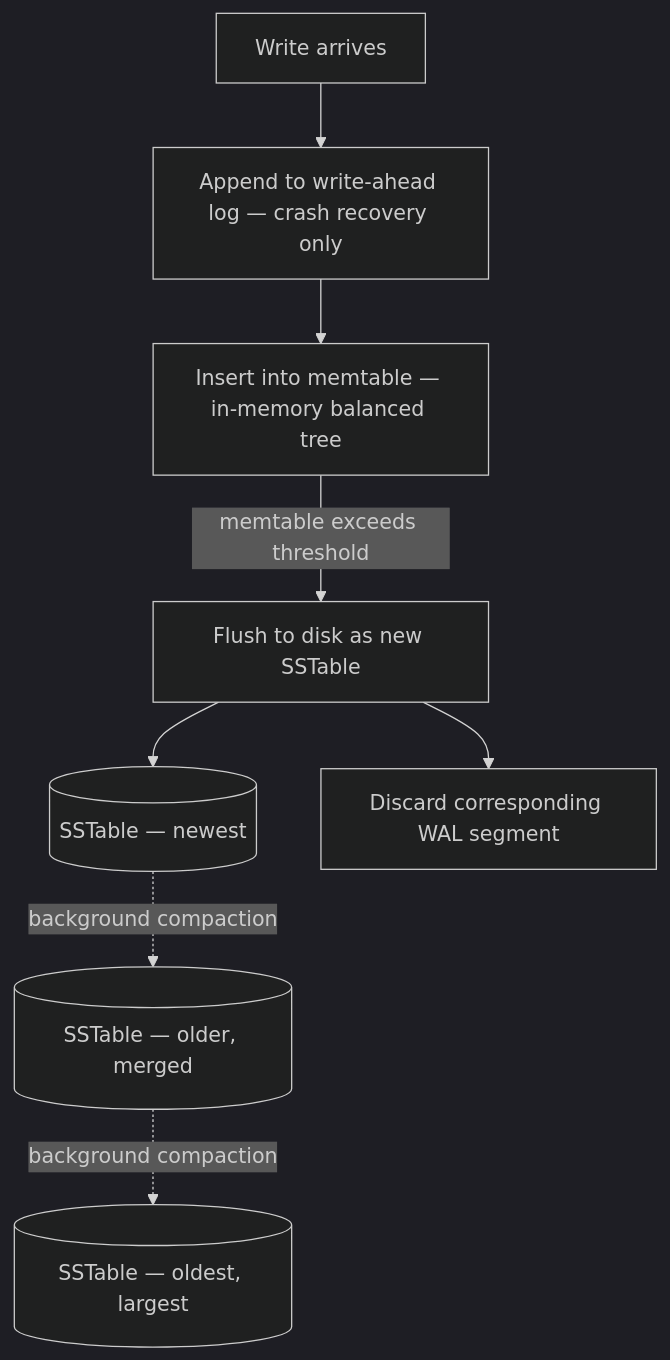
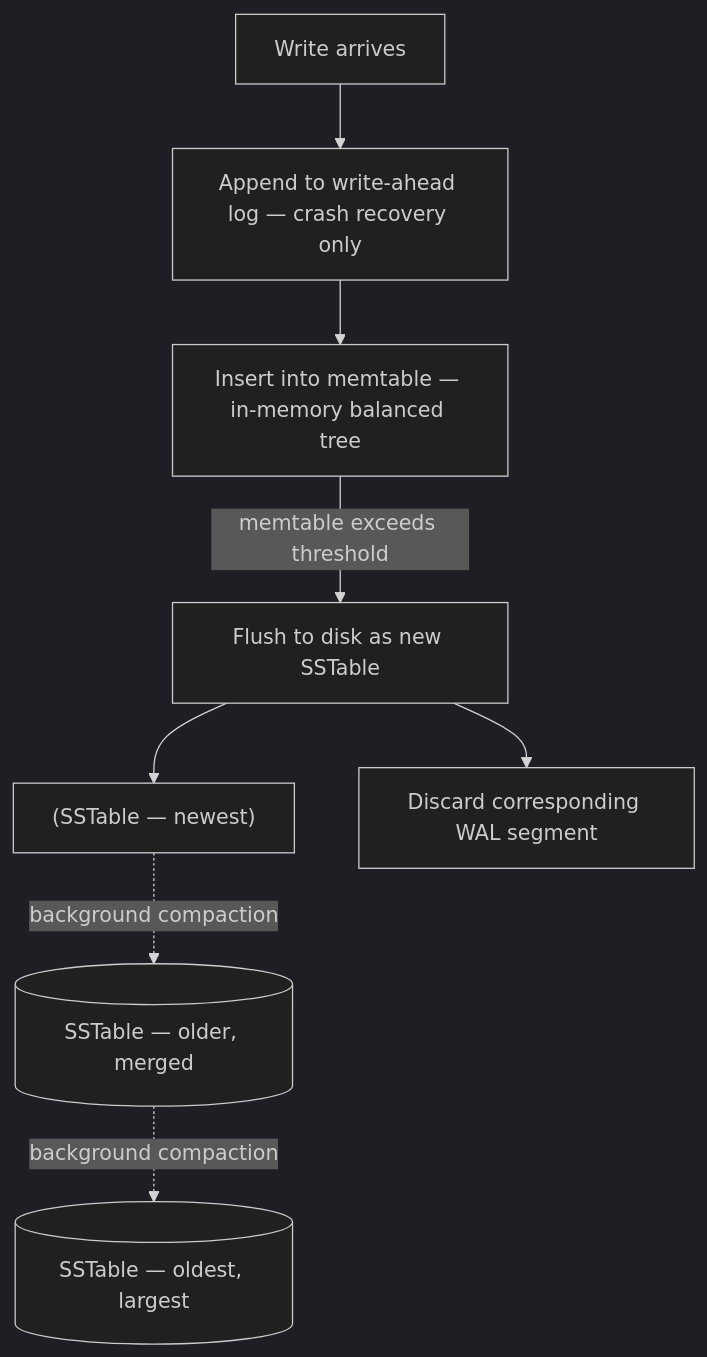
One commit to pankajThakur1874/studysheet changed the first of 2 diagrams in files/01-foundations/07-log-structured-storage.md. Above: the diagram before and after it, drawn with Mermaid (dark theme). The commit also changed other lines of this file and 102 other files, not shown here.

Commit message:
Auto-fix Mermaid diagram syntax across all study guides to prevent Syntax Error in Mermaid v10

````diff
--- a/files/01-foundations/07-log-structured-storage.md
+++ b/files/01-foundations/07-log-structured-storage.md
@@ -130,10 +130,10 @@
 ```mermaid
 flowchart TD
     W[Write arrives] --> WAL[Append to write-ahead log — crash recovery only]
     WAL --> MT[Insert into memtable — in-memory balanced tree]
     MT -->|memtable exceeds threshold| FLUSH[Flush to disk as new SSTable]
-    FLUSH --> L0[(SSTable — newest)]
-    L0 -.background compaction.-> L1[(SSTable — older, merged)]
-    L1 -.background compaction.-> L2[(SSTable — oldest, largest)]
+    FLUSH --> L0["(SSTable — newest)"]
+    L0 -.background compaction.-> L1[("SSTable — older, merged")]
+    L1 -.background compaction.-> L2[("SSTable — oldest, largest")]
     FLUSH --> DISCARD[Discard corresponding WAL segment]
 ```
````
